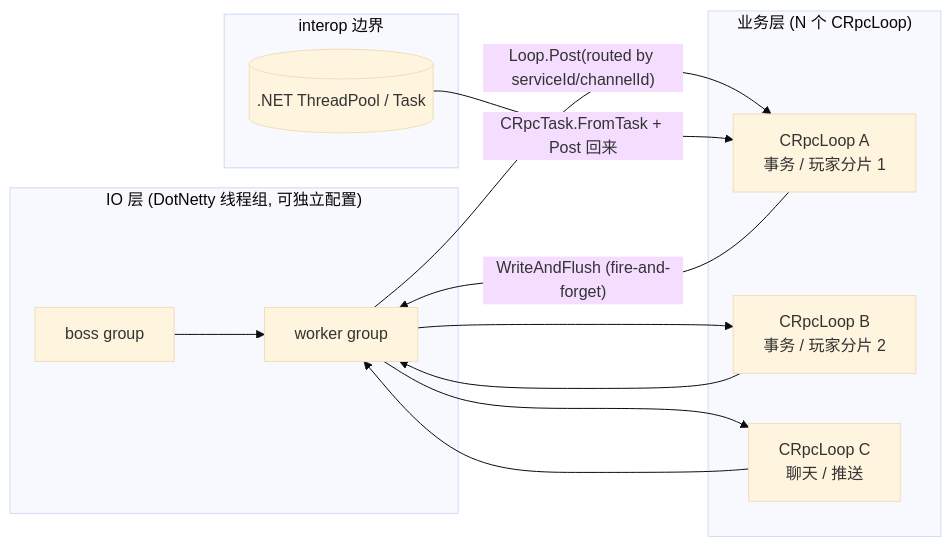
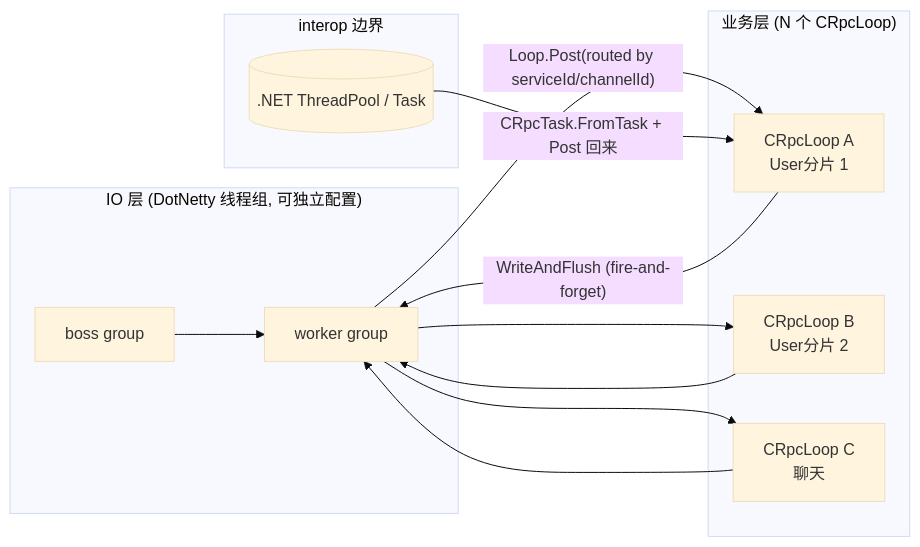
One commit to orientye/orientdotnet changed the fifth of 5 diagrams in Doc/architecture-draft.md. Above: the diagram before and after it, drawn with Mermaid (base theme).

Commit message:
orientdotnet

````diff
--- a/Doc/architecture-draft.md
+++ b/Doc/architecture-draft.md
@@ -829,24 +829,24 @@
 ```mermaid
 flowchart LR
     subgraph IO["IO 层 (DotNetty 线程组, 可独立配置)"]
         Boss[boss group]
         Worker[worker group]
     end
     subgraph Business["业务层 (N 个 CRpcLoop)"]
-        L1[CRpcLoop A<br/>事务 / 玩家分片 1]
-        L2[CRpcLoop B<br/>事务 / 玩家分片 2]
-        L3[CRpcLoop C<br/>聊天 / 推送]
+        L1[CRpcLoop A<br/>User分片 1]
+        L2[CRpcLoop B<br/>User分片 2]
+        L3[CRpcLoop C<br/>聊天]
     end
     subgraph Interop["interop 边界"]
         TP[(.NET ThreadPool / Task)]
     end
 
     Boss --> Worker
     Worker -- "Loop.Post(routed by serviceId/channelId)" --> L1
     Worker --> L2
     Worker --> L3
     L1 -- "WriteAndFlush (fire-and-forget)" --> Worker
     L2 --> Worker
     L3 --> Worker
     TP -- "CRpcTask.FromTask + Post 回来" --> L1
 ```
````
